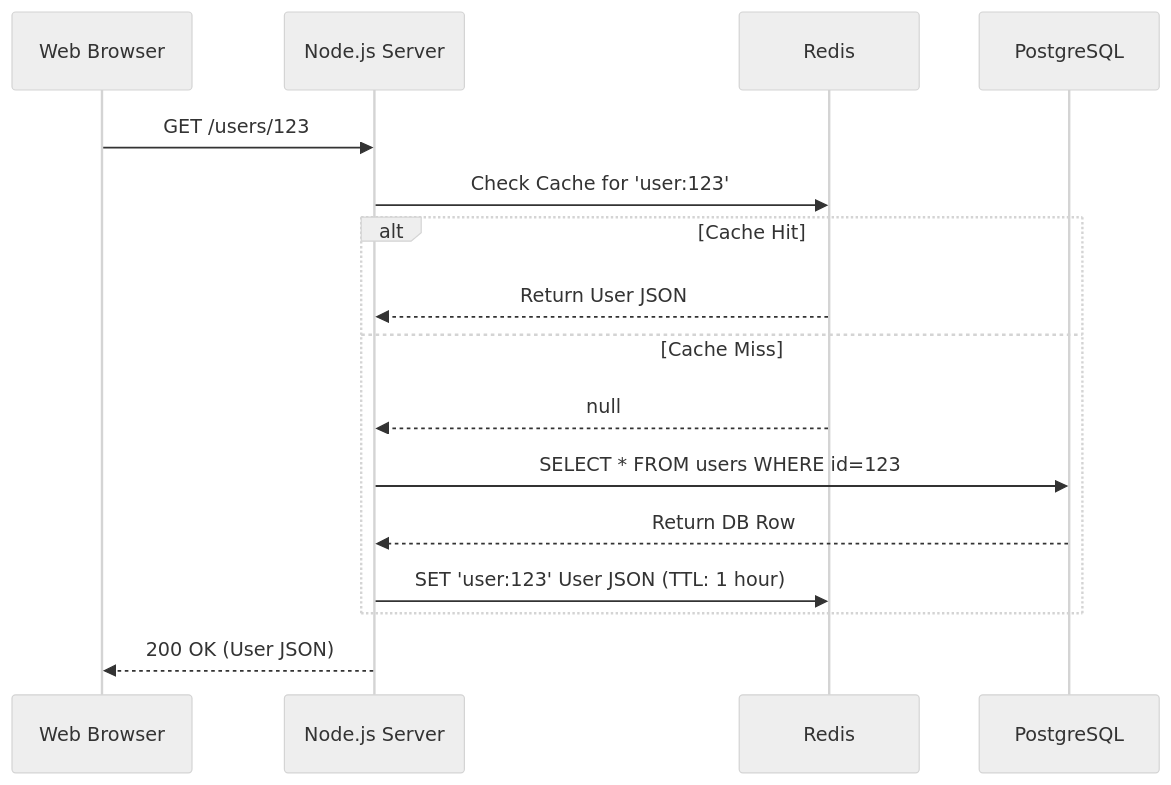
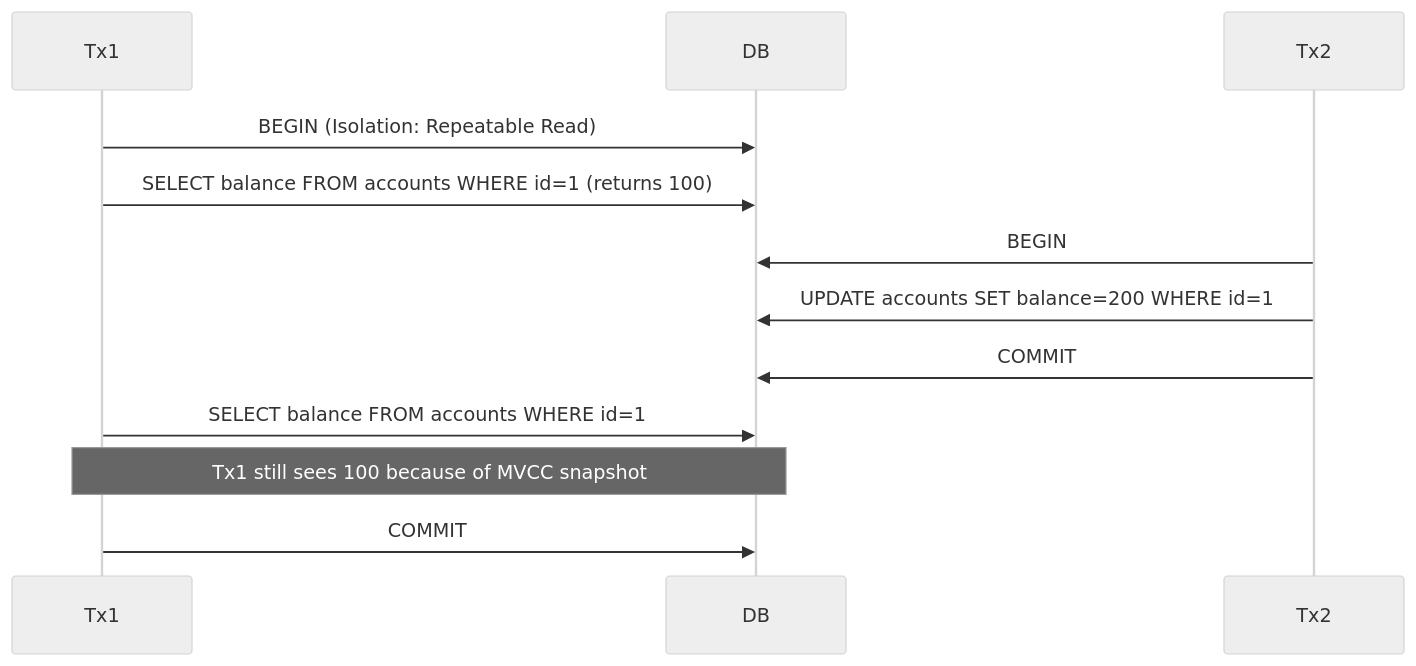
Diagram 16 of 35 in 08-databases/notes.md (Enggvault/Full-stack), drawn with Mermaid (neutral theme) before and after one commit. The commit also changed other lines of this file, not shown here.

````diff
--- a/08-databases/notes.md
+++ b/08-databases/notes.md
@@ -1288,21 +1930,15 @@
 ```mermaid
 sequenceDiagram
-    participant Client as Web Browser
-    participant API as Node.js Server
-    participant Cache as Redis
-    participant DB as PostgreSQL
-    
-    Client->>API: GET /users/123
-    API->>Cache: Check Cache for 'user:123'
-    
-    alt Cache Hit
-        Cache-->>API: Return User JSON
-    else Cache Miss
-        Cache-->>API: null
-        API->>DB: SELECT * FROM users WHERE id=123
-        DB-->>API: Return DB Row
-        API->>Cache: SET 'user:123' User JSON (TTL: 1 hour)
-    end
-    
-    API-->>Client: 200 OK (User JSON)
+    participant Tx1
+    participant DB
+    participant Tx2
+
+    Tx1->>DB: BEGIN (Isolation: Repeatable Read)
+    Tx1->>DB: SELECT balance FROM accounts WHERE id=1 (returns 100)
+    Tx2->>DB: BEGIN
+    Tx2->>DB: UPDATE accounts SET balance=200 WHERE id=1
+    Tx2->>DB: COMMIT
+    Tx1->>DB: SELECT balance FROM accounts WHERE id=1
+    Note over Tx1,DB: Tx1 still sees 100 because of MVCC snapshot
+    Tx1->>DB: COMMIT
 ```
````
